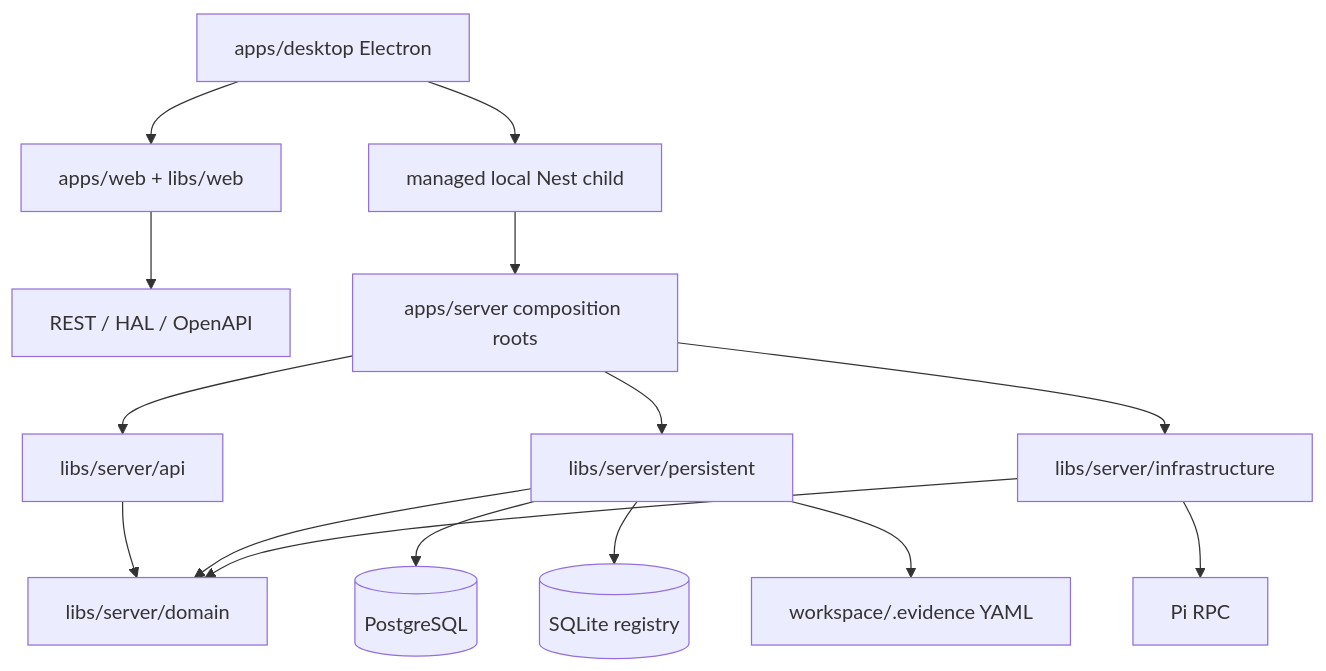
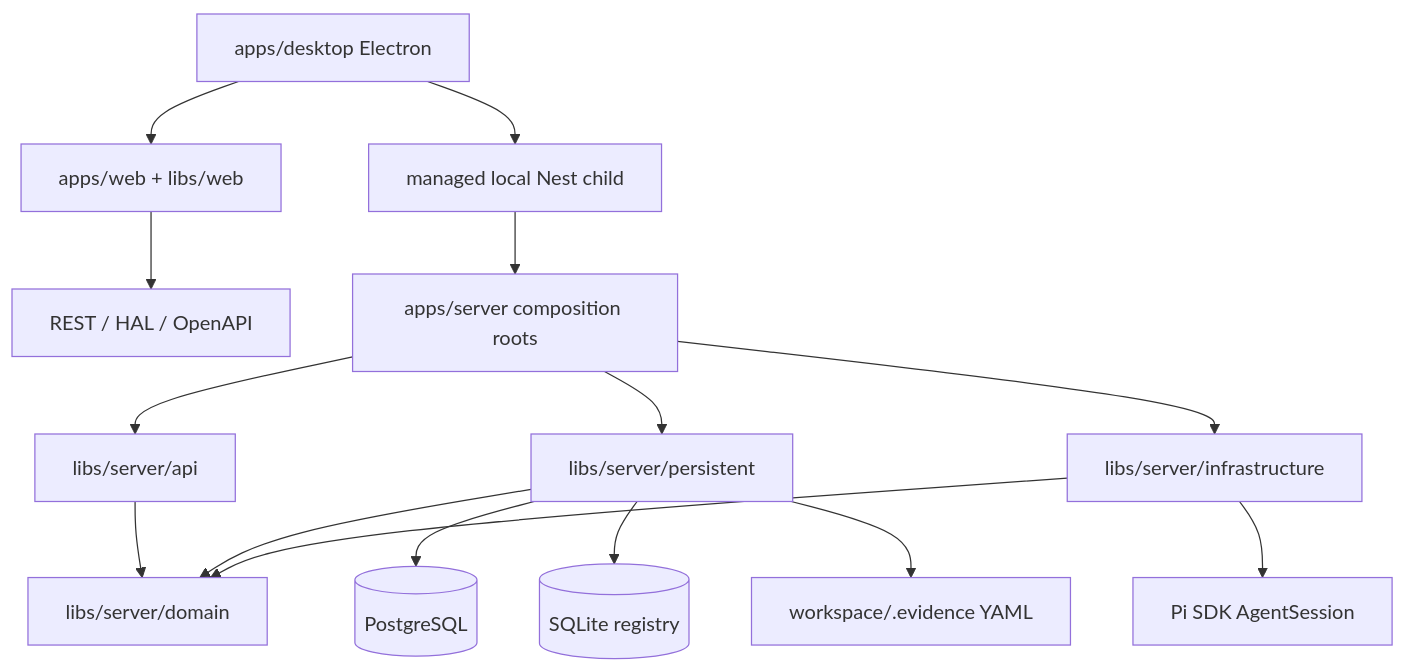
The diagram in docs/architecture/architecture-style.md (JayClock/Evidence), drawn with Mermaid before and after one commit. The commit also changed other lines of this file and 24 other files, not shown here.

Commit message:
refactor(server): replace pi rpc with sdk

````diff
--- a/docs/architecture/architecture-style.md
+++ b/docs/architecture/architecture-style.md
@@ -28,19 +28,19 @@
 ```mermaid
 graph TD
   Web[apps/web + libs/web] --> PublishedAPI[REST / HAL / OpenAPI]
   Desktop[apps/desktop Electron] --> Web
   Desktop --> LocalServer[managed local Nest child]
 
   ServerRoot[apps/server composition roots] --> API[libs/server/api]
   ServerRoot --> Persistence[libs/server/persistent]
   ServerRoot --> Infrastructure[libs/server/infrastructure]
   API --> Domain[libs/server/domain]
   Persistence --> Domain
   Infrastructure --> Domain
   LocalServer --> ServerRoot
 
   Persistence --> PostgreSQL[(PostgreSQL)]
   Persistence --> SQLite[(SQLite registry)]
   Persistence --> EvidenceFiles[workspace/.evidence YAML]
-  Infrastructure --> Pi[Pi RPC]
+  Infrastructure --> Pi[Pi SDK AgentSession]
 ```
````
